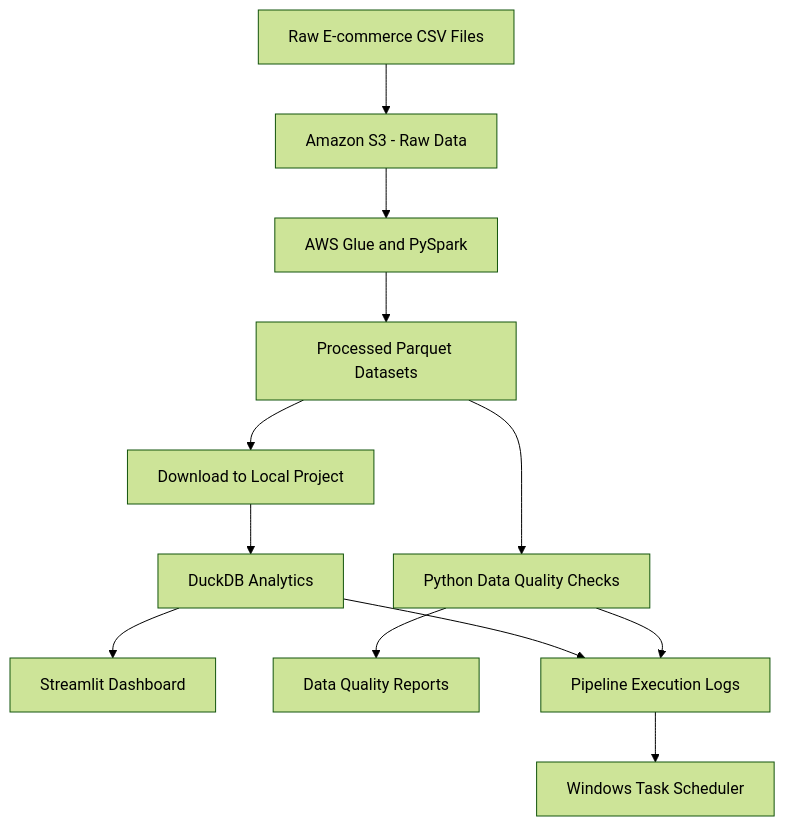
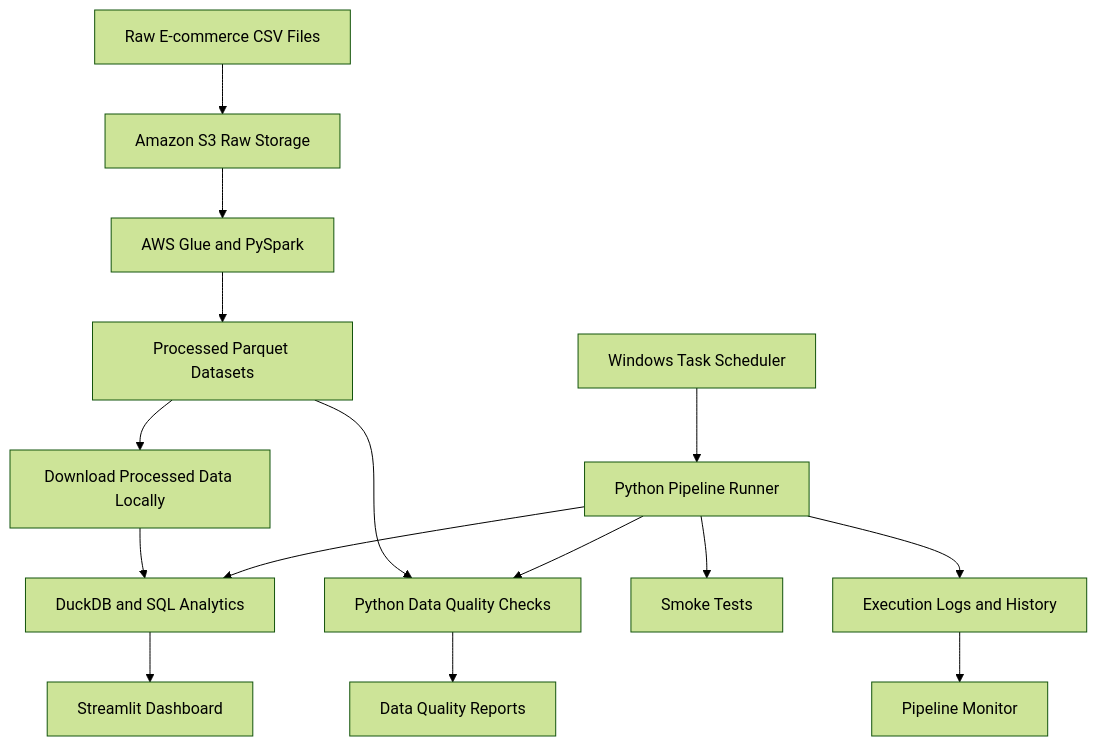
The diagram in README.md (Chetanprince213/ecommerce-data-pipeline), drawn with Mermaid (forest theme) before and after one commit. The commit also changed other lines of this file, not shown here.

Commit message:
Improve project README and architecture documentation

````diff
--- a/README.md
+++ b/README.md
@@ -36,14 +27,17 @@
 ```mermaid
 flowchart TD
-    A[Raw E-commerce CSV Files] --> B[Amazon S3 - Raw Data]
+    A[Raw E-commerce CSV Files] --> B[Amazon S3 Raw Storage]
     B --> C[AWS Glue and PySpark]
     C --> D[Processed Parquet Datasets]
-    D --> E[Download to Local Project]
-    E --> F[DuckDB Analytics]
+    D --> E[Download Processed Data Locally]
+    E --> F[DuckDB and SQL Analytics]
     F --> G[Streamlit Dashboard]
     D --> H[Python Data Quality Checks]
     H --> I[Data Quality Reports]
-    F --> J[Pipeline Execution Logs]
-    H --> J
-    J --> K[Windows Task Scheduler]
+    J[Python Pipeline Runner] --> K[Smoke Tests]
+    J --> F
+    J --> H
+    J --> L[Execution Logs and History]
+    L --> M[Pipeline Monitor]
+    N[Windows Task Scheduler] --> J
 ```
````
